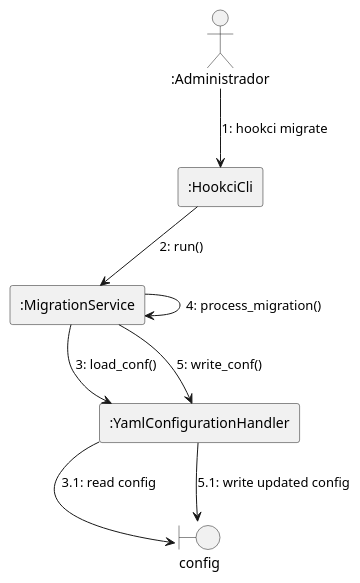
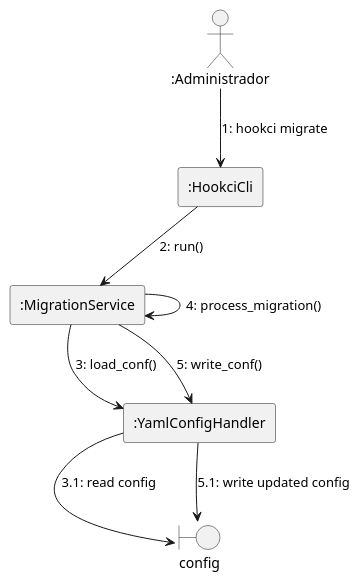
Before and after one commit to h3nc4/tmp: the diagram in Codigo/docs/communication/migrate.wsd, drawn with PlantUML. The commit also changed 20 other files, not shown here.

```diff
--- a/Codigo/docs/communication/migrate.wsd
+++ b/Codigo/docs/communication/migrate.wsd
@@ -1,18 +1,18 @@
 @startuml migrate
 
 actor ":Administrador" as Admin
 rectangle ":HookciCli" as CLI
 rectangle ":MigrationService" as App
-rectangle ":YamlConfigurationHandler" as CfgHandler
+rectangle ":YamlConfigHandler" as CfgHandler
 boundary "config" as ConfigFile
 
 Admin -down-> CLI: 1: hookci migrate
 CLI -down-> App: 2: run()
 App -down-> CfgHandler: 3: load_conf()
 CfgHandler -down-> ConfigFile: 3.1: read config
 App -> App: 4: process_migration()
 App -down-> CfgHandler: 5: write_conf()
 CfgHandler -down-> ConfigFile: 5.1: write updated config
 CLI -[hidden]down- CfgHandler
 CfgHandler -[hidden]down- ConfigFile
 @enduml
```
